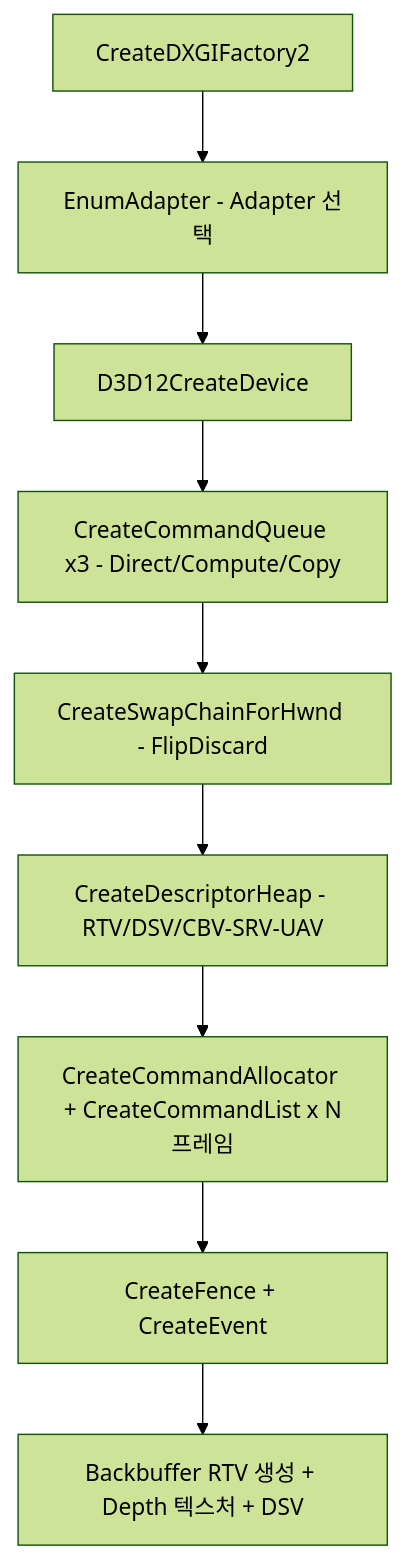
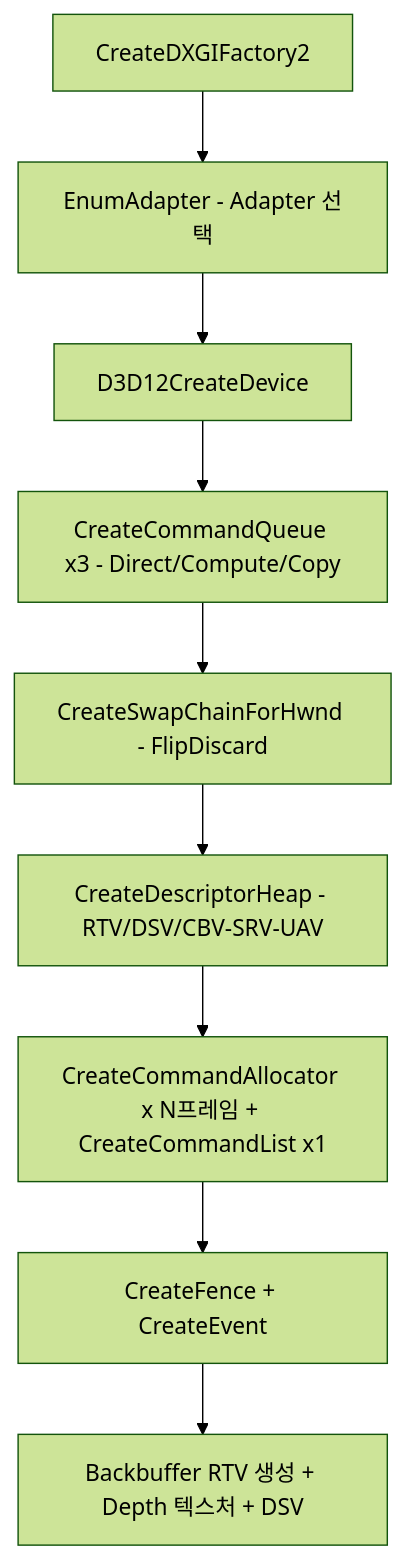
One commit to Rein-ArXiv/game-dev-curriculum changed the first of 3 diagrams in graphics/stage2_dx_proj_04_dx12_transition.md. Above: the diagram before and after it, drawn with Mermaid (forest theme). The commit also changed other lines of this file and 1129 other files, not shown here.

````diff
--- a/graphics/stage2_dx_proj_04_dx12_transition.md
+++ b/graphics/stage2_dx_proj_04_dx12_transition.md
@@ -40,11 +40,11 @@
 ```mermaid
 flowchart TB
     A[CreateDXGIFactory2] --> B[EnumAdapter - Adapter 선택]
     B --> C[D3D12CreateDevice]
     C --> D[CreateCommandQueue x3 - Direct/Compute/Copy]
     D --> E[CreateSwapChainForHwnd - FlipDiscard]
     E --> F[CreateDescriptorHeap - RTV/DSV/CBV-SRV-UAV]
-    F --> G[CreateCommandAllocator + CreateCommandList x N프레임]
+    F --> G[CreateCommandAllocator x N프레임 + CreateCommandList x1]
     G --> H[CreateFence + CreateEvent]
     H --> I[Backbuffer RTV 생성 + Depth 텍스처 + DSV]
 ```
````
